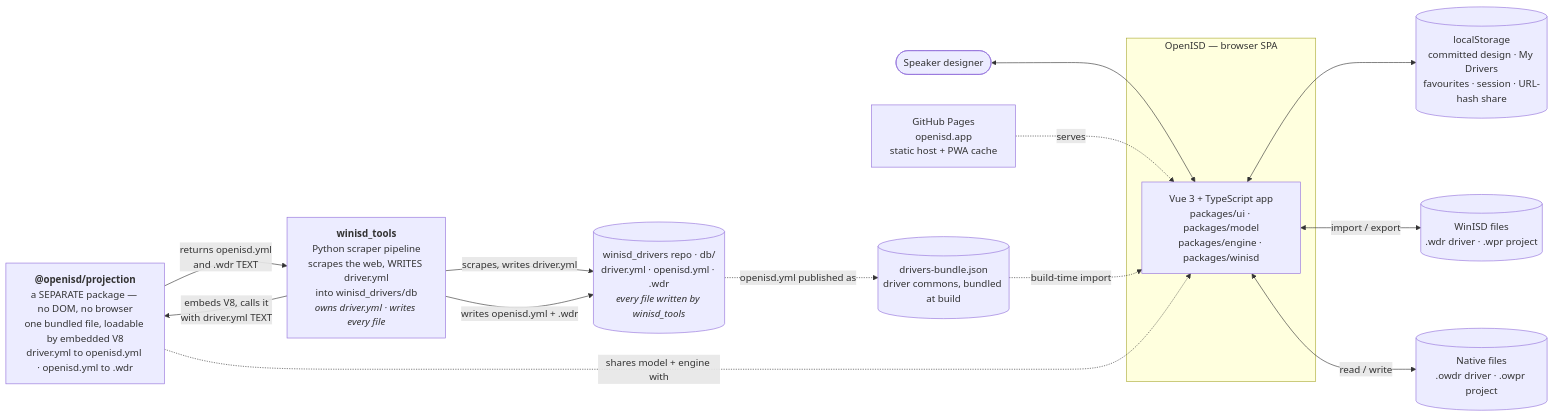
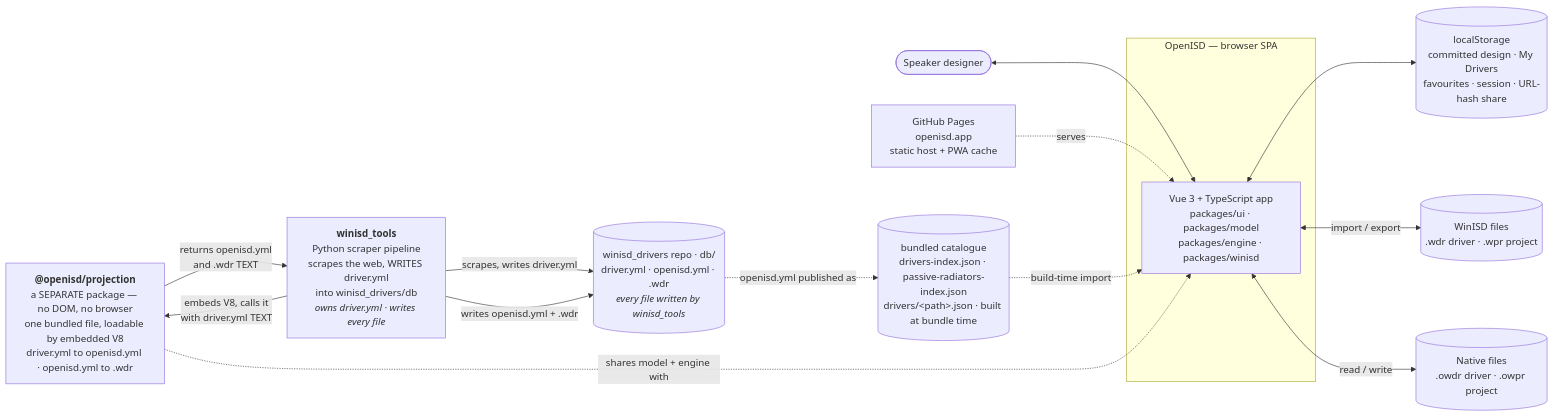
One commit to Johnlon/openisd changed the first of 5 diagrams in ARCHITECTURE.md. Above: the diagram before and after it, drawn with Mermaid. The commit also changed other lines of this file and 2158 other files, not shown here.

````diff
--- a/ARCHITECTURE.md
+++ b/ARCHITECTURE.md
@@ -40,29 +40,29 @@
 ```mermaid
 graph LR
     USER(["Speaker designer"])
 
     subgraph app["OpenISD — browser SPA"]
         APP["Vue 3 + TypeScript app<br/>packages/ui · packages/model<br/>packages/engine · packages/winisd"]
     end
 
     PROJ_PKG["<b>@openisd/projection</b><br/>a SEPARATE package — no DOM, no browser<br/>one bundled file, loadable by embedded V8<br/>driver.yml to openisd.yml · openisd.yml to .wdr"]
     PAGES["GitHub Pages<br/>openisd.app<br/>static host + PWA cache"]
     LS[("localStorage<br/>committed design · My Drivers<br/>favourites · session · URL-hash share")]
-    BUNDLE[("drivers-bundle.json<br/>driver commons, bundled at build")]
+    BUNDLE[("bundled catalogue<br/>drivers-index.json · passive-radiators-index.json<br/>drivers/&lt;path&gt;.json · built at bundle time")]
     WDR[("WinISD files<br/>.wdr driver · .wpr project")]
     OWDR[("Native files<br/>.owdr driver · .owpr project")]
     DRIVERS[("winisd_drivers repo · db/<br/>driver.yml · openisd.yml · .wdr<br/><i>every file written by winisd_tools</i>")]
     TOOLS["<b>winisd_tools</b><br/>Python scraper pipeline<br/>scrapes the web, WRITES driver.yml<br/>into winisd_drivers/db<br/><i>owns driver.yml · writes every file</i>"]
     USER <--> APP
     PAGES -. " serves " .-> APP
     APP <--> LS
     BUNDLE -. " build-time import " .-> APP
     APP <-->|import / export| WDR
     APP <-->|read / write| OWDR
     TOOLS -->|" scrapes, writes driver.yml "| DRIVERS
     TOOLS -->|" embeds V8, calls it<br/>with driver.yml TEXT "| PROJ_PKG
     PROJ_PKG -->|" returns openisd.yml<br/>and .wdr TEXT "| TOOLS
     PROJ_PKG -. " shares model + engine with " .-> APP
     TOOLS -->|" writes openisd.yml + .wdr "| DRIVERS
     DRIVERS -. " openisd.yml published as " .-> BUNDLE
 ```
````
